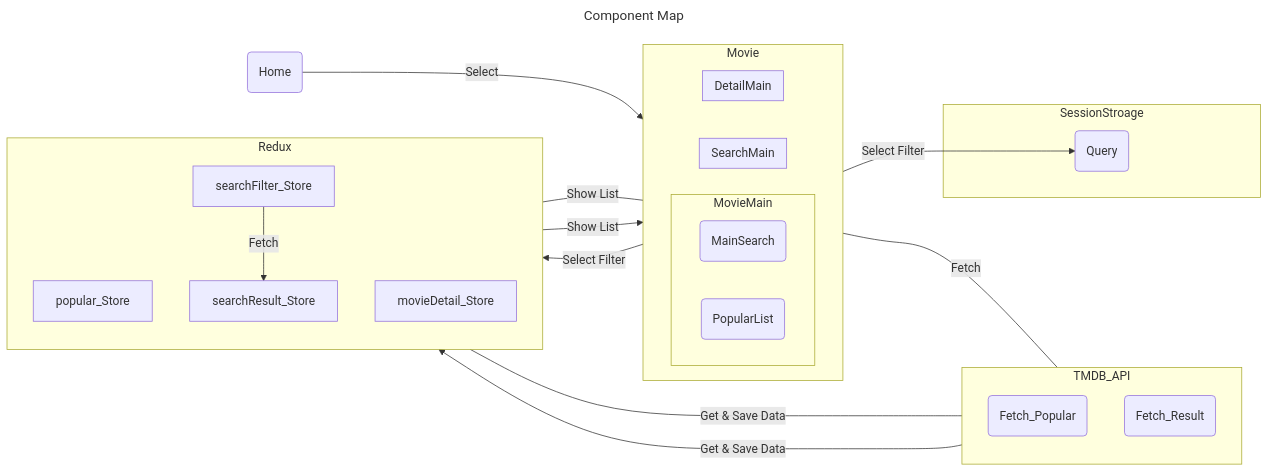
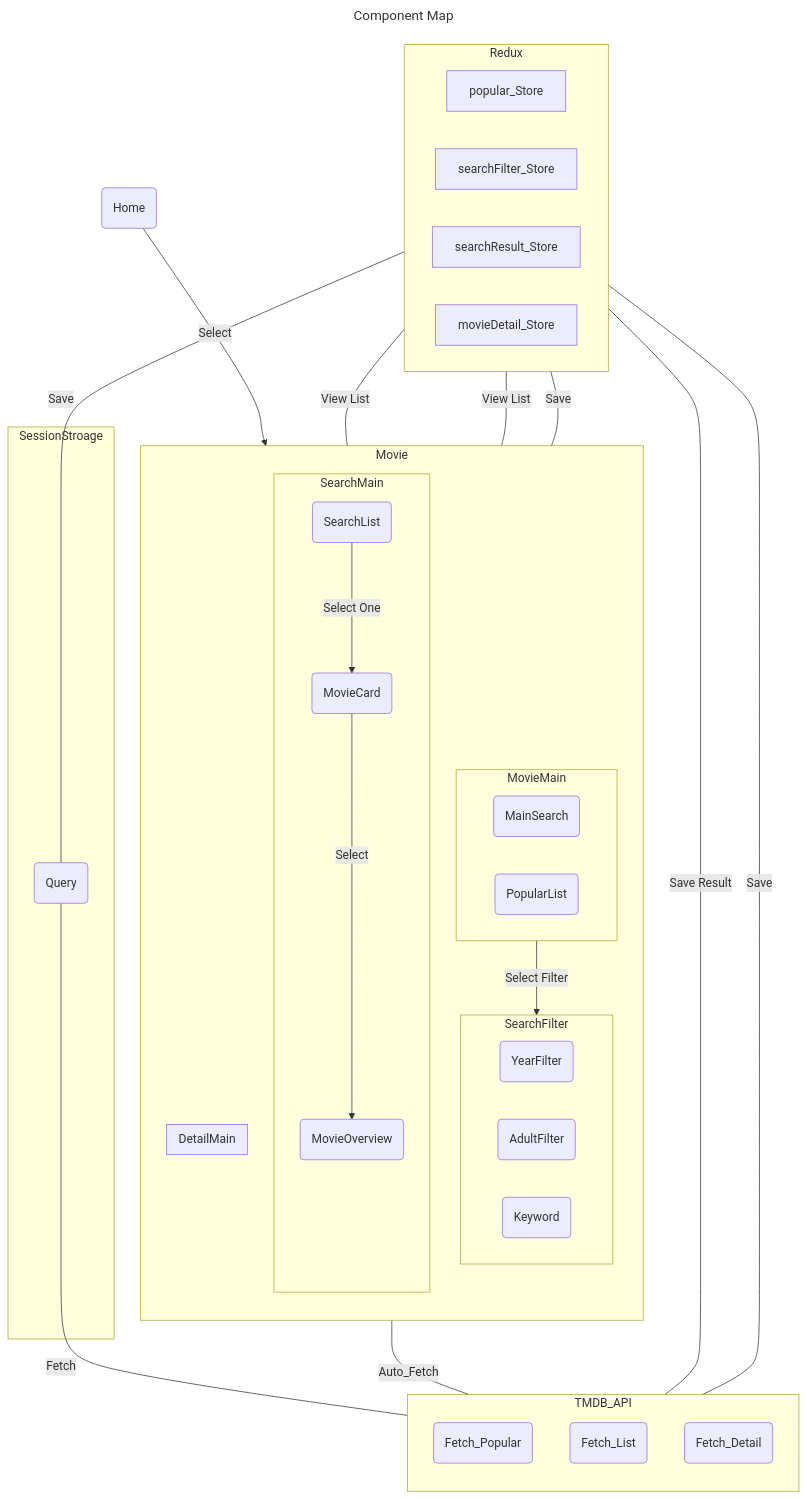
One commit to BYSooooo/Next_Template changed the diagram in README.md. Above: the diagram before and after it, drawn with Mermaid.

Commit message:
[231010] Modify ReadMe

````diff
--- a/README.md
+++ b/README.md
@@ -2,44 +2,46 @@
 ```mermaid
 ---
 title : Component Map
 ---
-flowchart LR
+flowchart TB
     home(Home)
     subgraph Movie
-        direction LR
+        direction TB
         subgraph MovieMain
+            direction LR
             mainsearch(MainSearch)
             popularlist(PopularList)
         end
+        subgraph SearchFilter
+            sf_year(YearFilter)
+            sf_adult(AdultFilter)
+            sf_keyword(Keyword)
+        end
         subgraph SearchMain
-            
+            sm_list(SearchList) --->|Select One|sm_card(MovieCard) --->|Select|sm_overview(MovieOverview)
         end
         subgraph DetailMain
 
         end
     end
     subgraph TMDB_API
         direction TB
         f_popular(Fetch_Popular)
-        f_search(Fetch_Result)
+        f_search(Fetch_List)
+        f_detail(Fetch_Detail)
     end
     subgraph SessionStroage
-        query(Query)
+        s_query(Query)
     end
     subgraph Redux
-        direction TB
-        popular[popular_Store]
-        search[searchFilter_Store]
-        result[searchResult_Store]
-        detail[movieDetail_Store]
+        direction LR
+        r_popular[popular_Store]
+        r_search[searchFilter_Store]
+        r_result[searchResult_Store]
+        r_detail[movieDetail_Store]
     end
-    
-
 home -->|Select|Movie
-MovieMain ---|Fetch|f_popular ---|Get & Save Data|popular ---|Show List|popularlist
-mainsearch -->|Select Filter|search -->|Fetch|result
-mainsearch -->|Select Filter|query
-f_search -->|Get & Save Data|result -->|Show List|SearchMain
-
-
+Movie ---|Auto_Fetch|f_popular ---|Save Result|r_popular ---|View List|popularlist
+mainsearch -->|Select Filter|SearchFilter --- |Save|r_search ---|Save|s_query
+s_query ---|Fetch|f_search ---|Save|r_result ---|View List|sm_list
 ```
````
